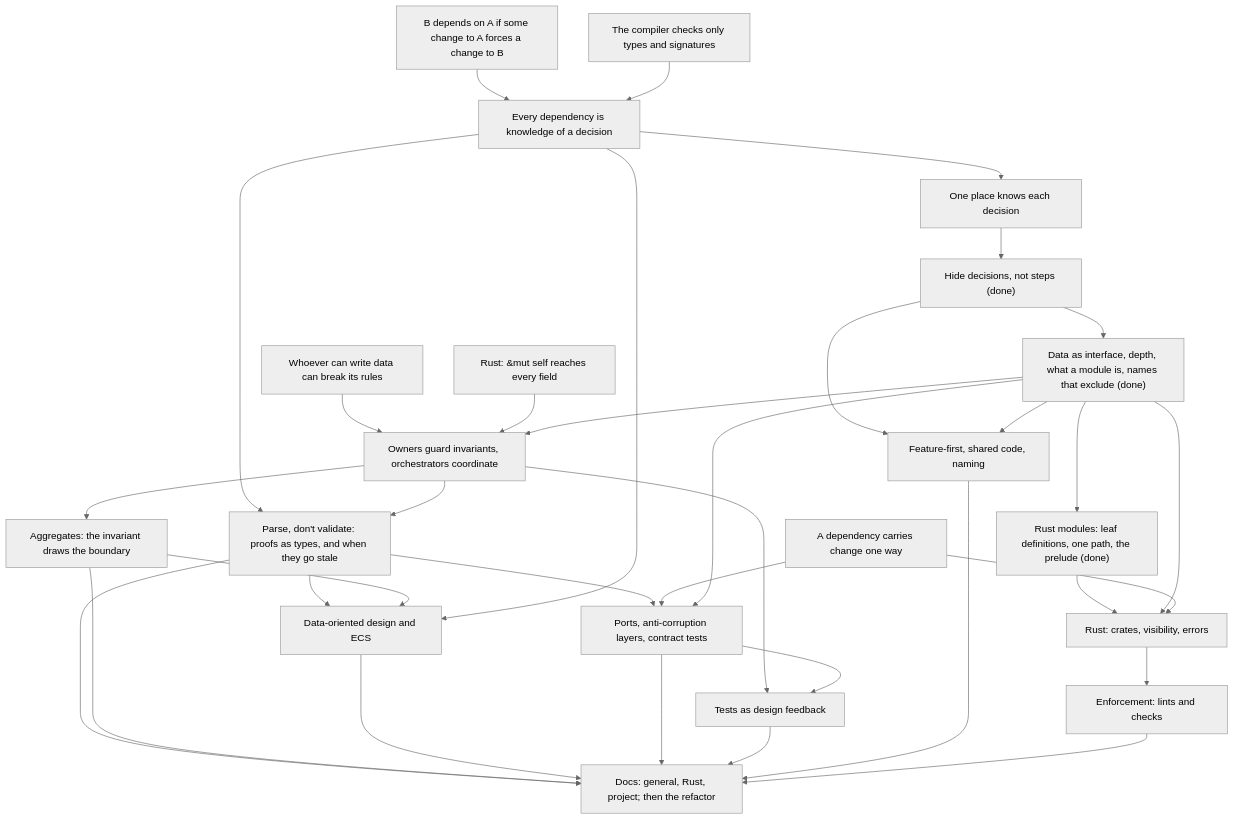
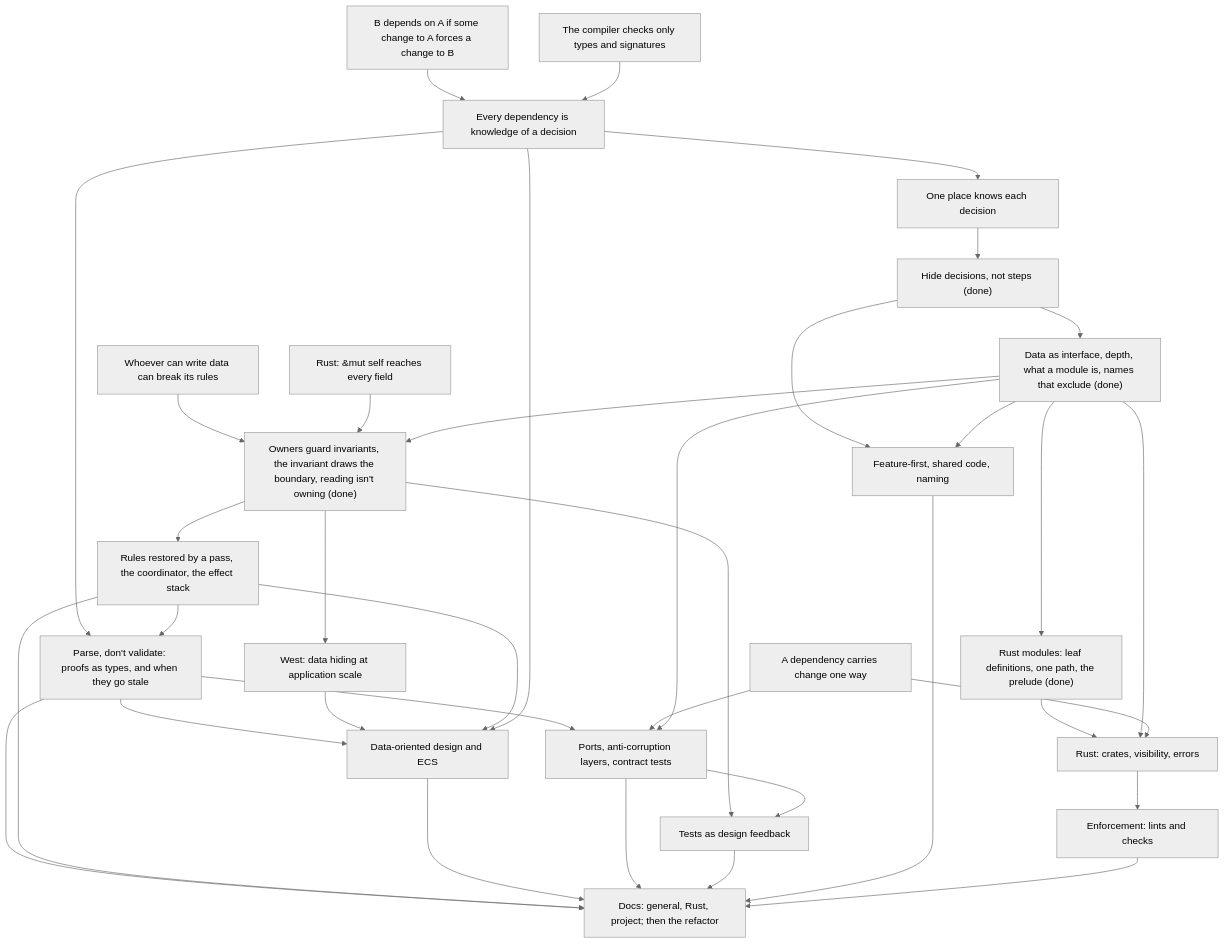
One commit to EMachad0/CardGameEngine changed the diagram in docs/course/architecture/COURSE.md. Above: the diagram before and after it, drawn with Mermaid (neutral theme). The commit also changed other lines of this file and 2 other files, not shown here.

Commit message:
Close architecture session 02: owners guard invariants, the invariant draws the boundary, reading isn't owning; split ownership into 02a to 02e; session log; prepare 02a log

````diff
--- a/docs/course/architecture/COURSE.md
+++ b/docs/course/architecture/COURSE.md
@@ -416,58 +465,61 @@
 ```mermaid
 graph TD
   U1["B depends on A if some change to A forces a change to B"]
   U2["The compiler checks only types and signatures"]
   R1["Every dependency is knowledge of a decision"]
   OP["One place knows each decision"]
   R2["Whoever can write data can break its rules"]
   R3["A dependency carries change one way"]
   R4["Rust: &mut self reaches every field"]
 
   H["Hide decisions, not steps (done)"]
   D["Data as interface, depth, what a module is, names that exclude (done)"]
-  O["Owners guard invariants, orchestrators coordinate"]
-  A["Aggregates: the invariant draws the boundary"]
+  O["Owners guard invariants, the invariant draws the boundary, reading isn't owning (done)"]
+  W["West: data hiding at application scale"]
+  C["Rules restored by a pass, the coordinator, the effect stack"]
   PDV["Parse, don't validate: proofs as types, and when they go stale"]
   DOD["Data-oriented design and ECS"]
   P["Ports, anti-corruption layers, contract tests"]
   T["Tests as design feedback"]
   F["Feature-first, shared code, naming"]
   RM["Rust modules: leaf definitions, one path, the prelude (done)"]
   RS["Rust: crates, visibility, errors"]
   E["Enforcement: lints and checks"]
   DOCS["Docs: general, Rust, project; then the refactor"]
 
   U1-->R1
   U2-->R1
   R1-->OP
   OP-->H
   H-->D
   R2-->O
   R4-->O
   D-->O
-  O-->A
+  O-->W
+  O-->C
   R1-->PDV
-  O-->PDV
+  C-->PDV
   PDV-->DOD
   PDV-->P
   PDV-->DOCS
-  A-->DOD
+  W-->DOD
+  C-->DOD
   R1-->DOD
   R3-->P
   D-->P
   O-->T
   P-->T
   H-->F
   D-->F
   D-->RM
   RM-->RS
   D-->RS
   R3-->RS
   RS-->E
-  A-->DOCS
+  C-->DOCS
   DOD-->DOCS
   P-->DOCS
   T-->DOCS
   F-->DOCS
   E-->DOCS
 ```
````
